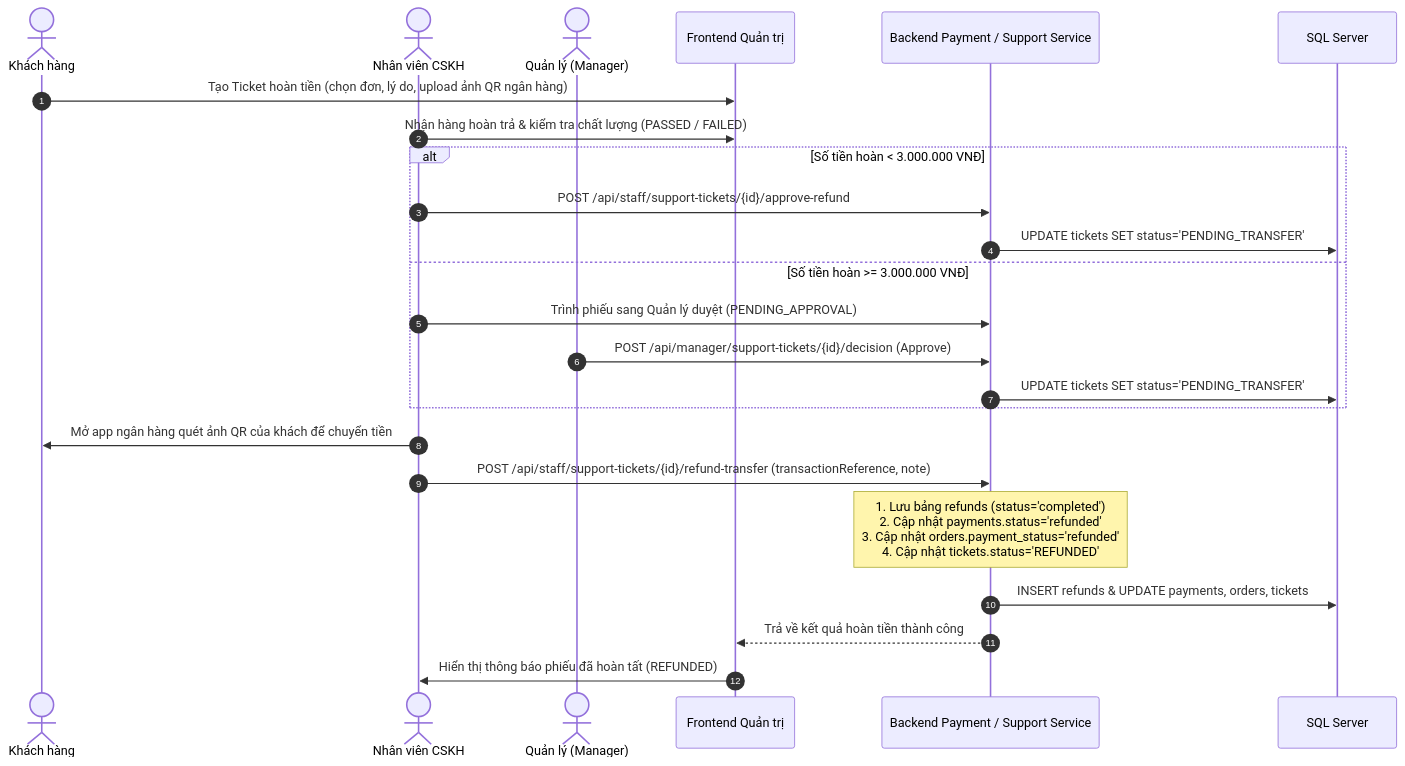
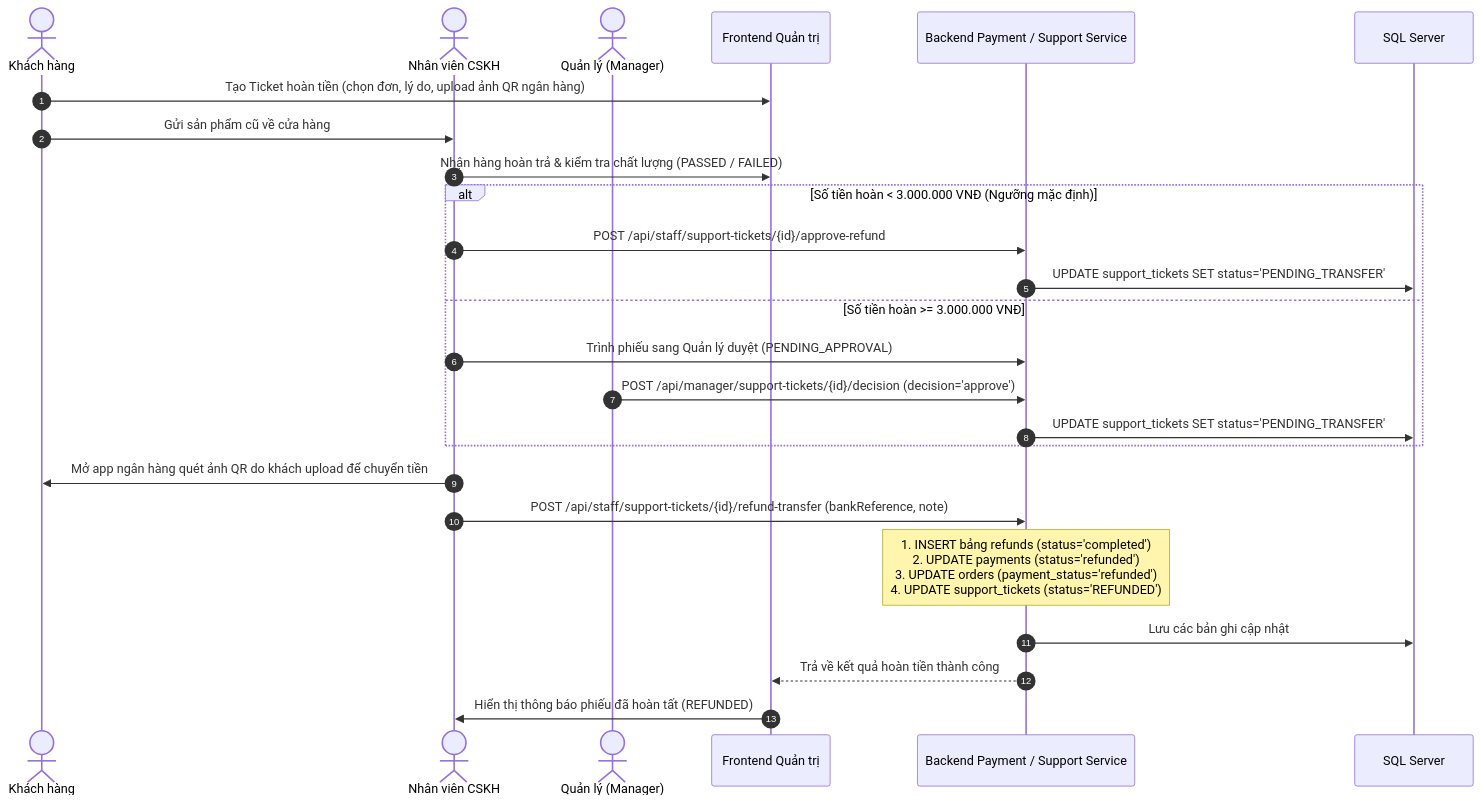
Before and after one commit to Tommy217/SBA301_BadmintonShop_SE1986-JV: the second of 2 diagrams in documents/module/payment/flow.md, drawn with Mermaid. The commit also changed other lines of this file and 5 other files, not shown here.

Commit message:
fix payment-api: remove /v1

````diff
--- a/documents/module/payment/flow.md
+++ b/documents/module/payment/flow.md
@@ -66,29 +62,30 @@
 ```mermaid
 sequenceDiagram
     autonumber
     actor Customer as Khách hàng
     actor Staff as Nhân viên CSKH
     actor Manager as Quản lý (Manager)
     participant FE as Frontend Quản trị
     participant BE as Backend Payment / Support Service
     participant DB as SQL Server
 
     Customer->>FE: Tạo Ticket hoàn tiền (chọn đơn, lý do, upload ảnh QR ngân hàng)
+    Customer->>Staff: Gửi sản phẩm cũ về cửa hàng
     Staff->>FE: Nhận hàng hoàn trả & kiểm tra chất lượng (PASSED / FAILED)
-    
-    alt Số tiền hoàn < 3.000.000 VNĐ
+
+    alt Số tiền hoàn < 3.000.000 VNĐ (Ngưỡng mặc định)
         Staff->>BE: POST /api/staff/support-tickets/{id}/approve-refund
-        BE->>DB: UPDATE tickets SET status='PENDING_TRANSFER'
+        BE->>DB: UPDATE support_tickets SET status='PENDING_TRANSFER'
     else Số tiền hoàn >= 3.000.000 VNĐ
         Staff->>BE: Trình phiếu sang Quản lý duyệt (PENDING_APPROVAL)
-        Manager->>BE: POST /api/manager/support-tickets/{id}/decision (Approve)
-        BE->>DB: UPDATE tickets SET status='PENDING_TRANSFER'
+        Manager->>BE: POST /api/manager/support-tickets/{id}/decision (decision='approve')
+        BE->>DB: UPDATE support_tickets SET status='PENDING_TRANSFER'
     end
 
-    Staff->>Customer: Mở app ngân hàng quét ảnh QR của khách để chuyển tiền
-    Staff->>BE: POST /api/staff/support-tickets/{id}/refund-transfer (transactionReference, note)
-    Note over BE: 1. Lưu bảng refunds (status='completed')<br/>2. Cập nhật payments.status='refunded'<br/>3. Cập nhật orders.payment_status='refunded'<br/>4. Cập nhật tickets.status='REFUNDED'
-    BE->>DB: INSERT refunds & UPDATE payments, orders, tickets
+    Staff->>Customer: Mở app ngân hàng quét ảnh QR do khách upload để chuyển tiền
+    Staff->>BE: POST /api/staff/support-tickets/{id}/refund-transfer (bankReference, note)
+    Note over BE: 1. INSERT bảng refunds (status='completed')<br/>2. UPDATE payments (status='refunded')<br/>3. UPDATE orders (payment_status='refunded')<br/>4. UPDATE support_tickets (status='REFUNDED')
+    BE->>DB: Lưu các bản ghi cập nhật
     BE-->>FE: Trả về kết quả hoàn tiền thành công
     FE->>Staff: Hiển thị thông báo phiếu đã hoàn tất (REFUNDED)
 ```
````
